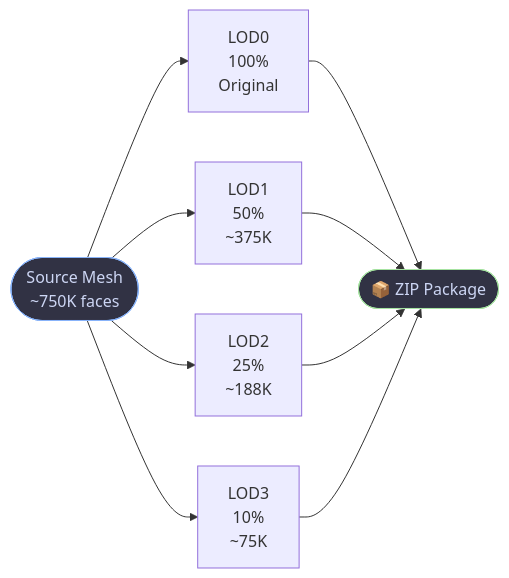
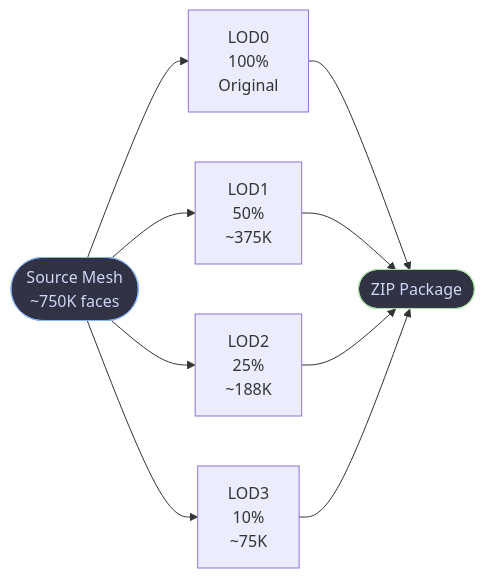
The first of 4 diagrams in README.md (anish-9387/Crunch3D), drawn with Mermaid before and after one commit. The commit also changed other lines of this file, not shown here.

````diff
--- a/README.md
+++ b/README.md
@@ -67,11 +77,11 @@
 ```mermaid
 graph LR
     SRC([Source Mesh\n~750K faces]) --> L0[LOD0\n100%\nOriginal]
     SRC --> L1[LOD1\n50%\n~375K]
     SRC --> L2[LOD2\n25%\n~188K]
     SRC --> L3[LOD3\n10%\n~75K]
-    L0 & L1 & L2 & L3 --> ZIP([📦 ZIP Package])
+    L0 & L1 & L2 & L3 --> ZIP([ZIP Package])
 
     style SRC fill:#313244,color:#cdd6f4,stroke:#89b4fa
     style ZIP fill:#313244,color:#cdd6f4,stroke:#a6e3a1
 ```
````
